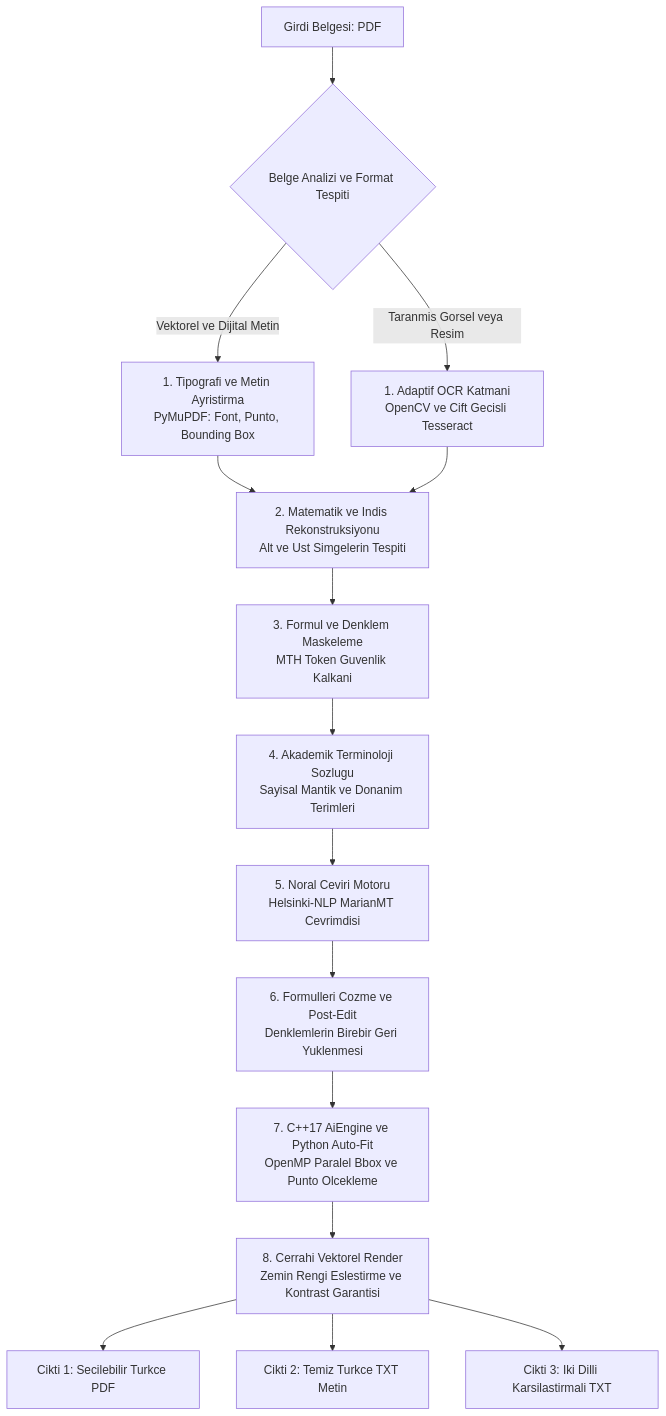
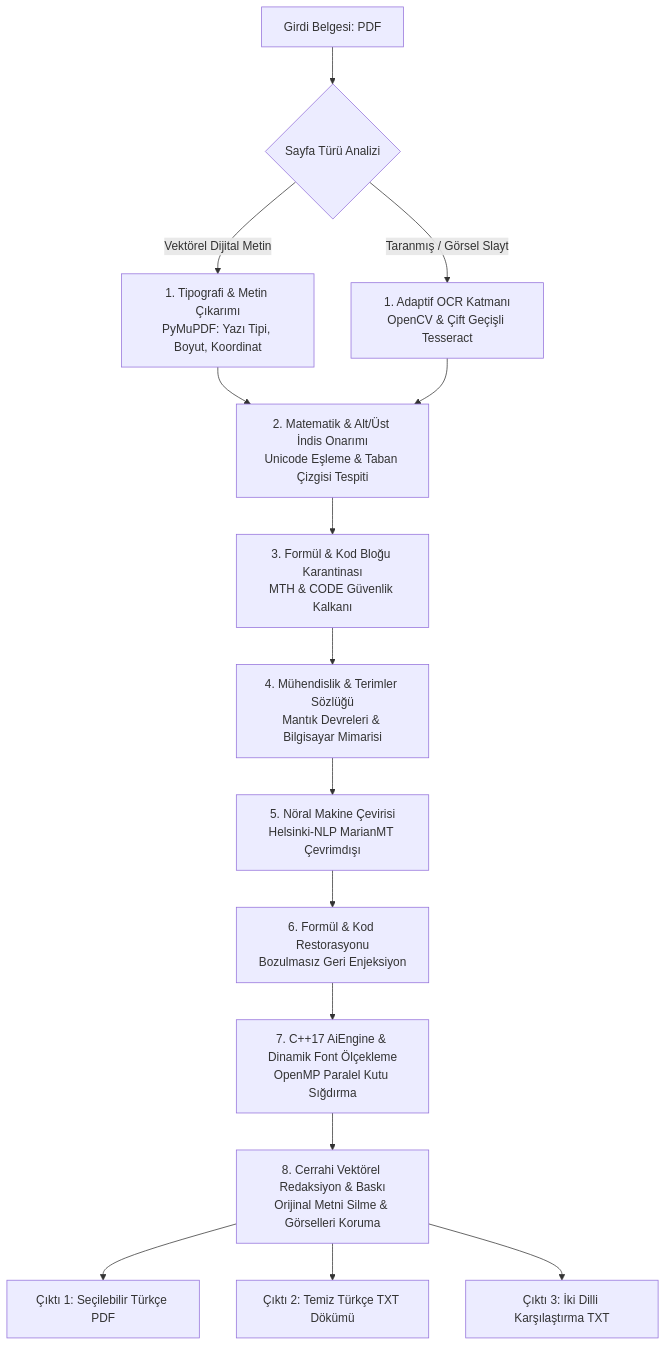
Before and after one commit to Tefezimli/PDF_AI_BOOK-TRANSLATER_ING-TO-TR: the diagram in README_TR.md, drawn with Mermaid. The commit also changed other lines of this file and 4 other files, not shown here.

````diff
--- a/README_TR.md
+++ b/README_TR.md
@@ -118,22 +136,22 @@
 ```mermaid
 flowchart TD
-    A[Girdi Belgesi: PDF] --> B{Belge Analizi ve Format Tespiti}
+    A[Girdi Belgesi: PDF] --> B{Sayfa Türü Analizi}
     
-    B -->|Vektorel ve Dijital Metin| C[1. Tipografi ve Metin Ayristirma<br/>PyMuPDF: Font, Punto, Bounding Box]
-    B -->|Taranmis Gorsel veya Resim| D[1. Adaptif OCR Katmani<br/>OpenCV ve Cift Gecisli Tesseract]
+    B -->|Vektörel Dijital Metin| C[1. Tipografi & Metin Çıkarımı<br/>PyMuPDF: Yazı Tipi, Boyut, Koordinat]
+    B -->|Taranmış / Görsel Slayt| D[1. Adaptif OCR Katmanı<br/>OpenCV & Çift Geçişli Tesseract]
     
-    C --> E[2. Matematik ve Indis Rekonstruksiyonu<br/>Alt ve Ust Simgelerin Tespiti]
+    C --> E[2. Matematik & Alt/Üst İndis Onarımı<br/>Unicode Eşleme & Taban Çizgisi Tespiti]
     D --> E
     
-    E --> F[3. Formul ve Denklem Maskeleme<br/>MTH Token Guvenlik Kalkani]
-    F --> G[4. Akademik Terminoloji Sozlugu<br/>Sayisal Mantik ve Donanim Terimleri]
-    G --> H[5. Noral Ceviri Motoru<br/>Helsinki-NLP MarianMT Cevrimdisi]
-    H --> I[6. Formulleri Cozme ve Post-Edit<br/>Denklemlerin Birebir Geri Yuklenmesi]
+    E --> F[3. Formül & Kod Bloğu Karantinası<br/>MTH & CODE Güvenlik Kalkanı]
+    F --> G[4. Mühendislik & Terimler Sözlüğü<br/>Mantık Devreleri & Bilgisayar Mimarisi]
+    G --> H[5. Nöral Makine Çevirisi<br/>Helsinki-NLP MarianMT Çevrimdışı]
+    H --> I[6. Formül & Kod Restorasyonu<br/>Bozulmasız Geri Enjeksiyon]
     
-    I --> J[7. C++17 AiEngine ve Python Auto-Fit<br/>OpenMP Paralel Bbox ve Punto Olcekleme]
-    J --> K[8. Cerrahi Vektorel Render<br/>Zemin Rengi Eslestirme ve Kontrast Garantisi]
+    I --> J[7. C++17 AiEngine & Dinamik Font Ölçekleme<br/>OpenMP Paralel Kutu Sığdırma]
+    J --> K[8. Cerrahi Vektörel Redaksiyon & Baskı<br/>Orijinal Metni Silme & Görselleri Koruma]
     
-    K --> L[Cikti 1: Secilebilir Turkce PDF]
-    K --> M[Cikti 2: Temiz Turkce TXT Metin]
-    K --> N[Cikti 3: Iki Dilli Karsilastirmali TXT]
+    K --> L[Çıktı 1: Seçilebilir Türkçe PDF]
+    K --> M[Çıktı 2: Temiz Türkçe TXT Dökümü]
+    K --> N[Çıktı 3: İki Dilli Karşılaştırma TXT]
 ```
````
